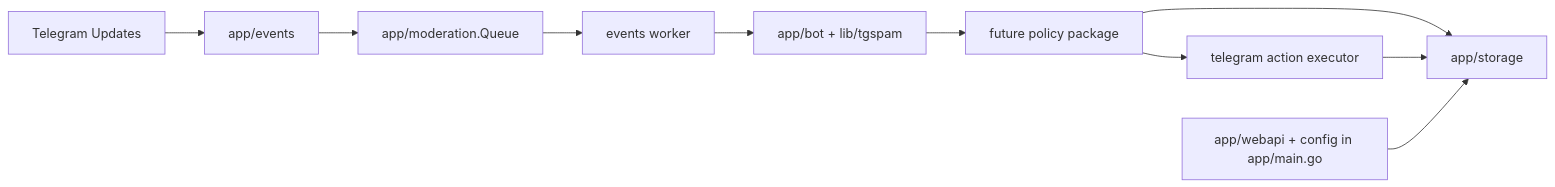
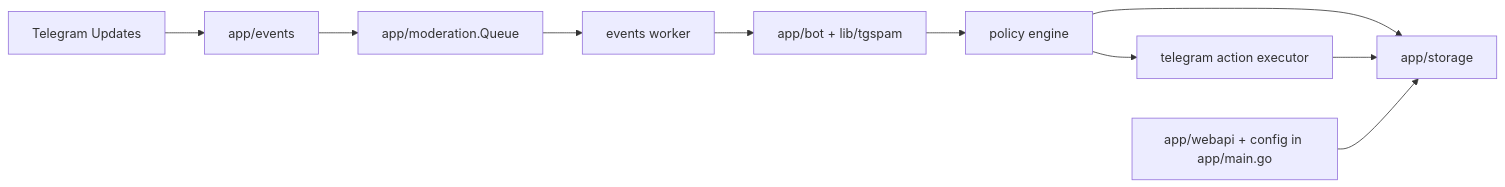
One commit to redstone-md/shield changed the diagram in docs/ADR/ADR-0001-internal-moderation-pipeline-seams.md. Above: the diagram before and after it, drawn with Mermaid. The commit also changed other lines of this file and 8 other files, not shown here.

Commit message:
refactor: extract moderation policy engine

````diff
--- a/docs/ADR/ADR-0001-internal-moderation-pipeline-seams.md
+++ b/docs/ADR/ADR-0001-internal-moderation-pipeline-seams.md
@@ -52,21 +54,21 @@
 ```mermaid
 flowchart LR
   TG[Telegram Updates]
   Gateway[app/events]
   Queue[app/moderation.Queue]
   Detection[app/bot + lib/tgspam]
   Policy[future policy package]
   Action[future action executor]
   Audit[app/storage]
   Control[app/webapi + config in app/main.go]
 
   TG --> Gateway
   Gateway --> Queue
   Queue --> Worker[events worker]
   Worker --> Detection
-  Detection --> Policy
+  Detection --> Policy[policy engine]
   Policy --> Action[telegram action executor]
   Policy --> Audit
   Action --> Audit
   Control --> Audit
 ```
````
